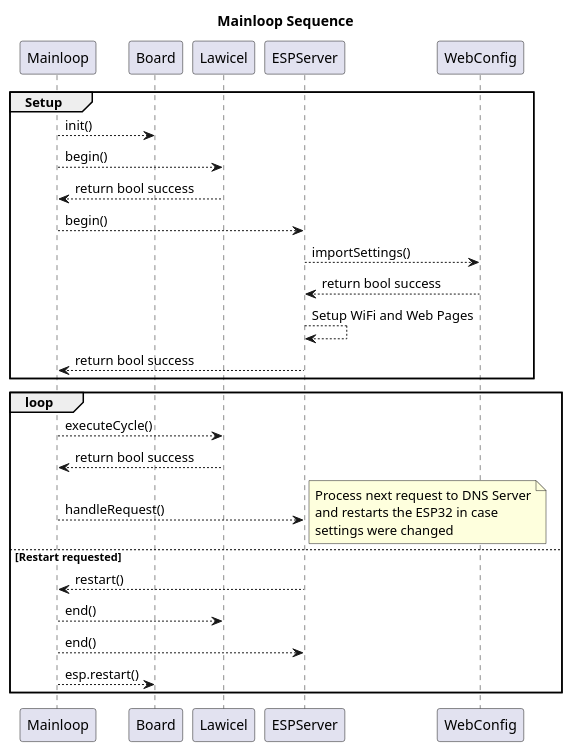
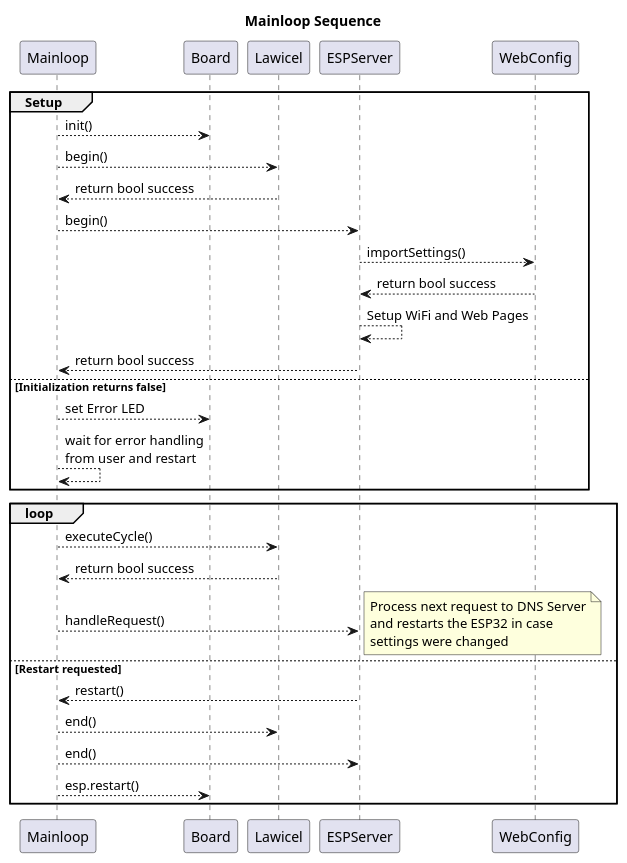
One commit to NewTec-GmbH/esp32-can-iot changed the diagram in Coding/fw/doc/design/Mainloop_Sequence.plantuml. Above: the diagram before and after it, drawn with PlantUML. The commit also changed 5 other files, not shown here.

Commit message:
Wrote Architecture in Readme and fixed Diagrams

```diff
--- a/Coding/fw/doc/design/Mainloop_Sequence.plantuml
+++ b/Coding/fw/doc/design/Mainloop_Sequence.plantuml
@@ -1,33 +1,36 @@
 @startuml
 
 Title Mainloop Sequence
 
 group Setup 
     Mainloop --> Board : init()
     Mainloop --> Lawicel : begin()
     Lawicel --> Mainloop : return bool success
     Mainloop --> ESPServer : begin()
     ESPServer --> WebConfig : importSettings()
     WebConfig --> ESPServer : return bool success
     ESPServer --> ESPServer : Setup WiFi and Web Pages
     ESPServer --> Mainloop : return bool success
+    else Initialization returns false
+    Mainloop --> Board : set Error LED
+    Mainloop --> Mainloop : wait for error handling\nfrom user and restart
 end
 
 group loop
     Mainloop --> Lawicel : executeCycle()
     Lawicel --> Mainloop : return bool success
     Mainloop --> ESPServer : handleRequest()
     note right
         Process next request to DNS Server
         and restarts the ESP32 in case
         settings were changed
     end note
 
     else Restart requested
     ESPServer --> Mainloop : restart()
     Mainloop --> Lawicel : end()
     Mainloop --> ESPServer : end()
     Mainloop --> Board : esp.restart()
 end
 
 @enduml
```
